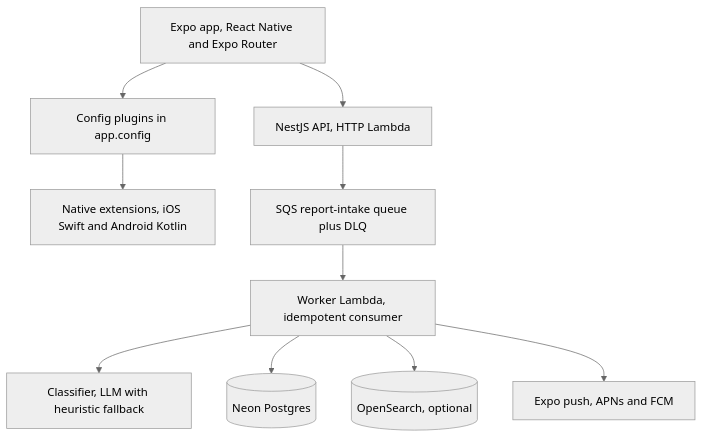
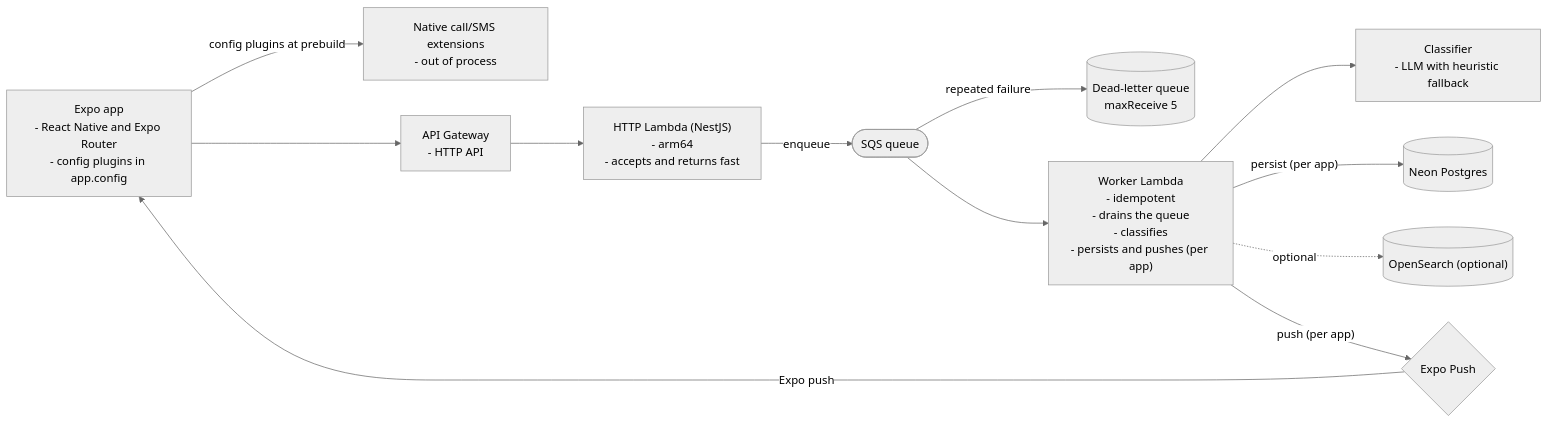
One commit to elleskay/mobile-platform changed the third of 4 diagrams in README.md. Above: the diagram before and after it, drawn with Mermaid (neutral theme). The commit also changed other lines of this file, not shown here.

````diff
--- a/README.md
+++ b/README.md
@@ -107,12 +131,25 @@
 ```mermaid
-flowchart TD
-  app[Expo app, React Native and Expo Router] --> plugins[Config plugins in app.config]
-  plugins --> native[Native extensions, iOS Swift and Android Kotlin]
-  app --> api[NestJS API, HTTP Lambda]
-  api --> queue[SQS report-intake queue plus DLQ]
-  queue --> worker[Worker Lambda, idempotent consumer]
-  worker --> classifier[Classifier, LLM with heuristic fallback]
-  worker --> pg[(Neon Postgres)]
-  worker --> search[(OpenSearch, optional)]
-  worker --> push[Expo push, APNs and FCM]
+flowchart LR
+  App["Expo app<br/>- React Native and Expo Router<br/>- config plugins in app.config"]
+  Native["Native call/SMS extensions<br/>- out of process"]
+  APIGW["API Gateway<br/>- HTTP API"]
+  HTTP["HTTP Lambda (NestJS)<br/>- arm64<br/>- accepts and returns fast"]
+  SQS(["SQS queue"])
+  DLQ[("Dead-letter queue<br/>maxReceive 5")]
+  Worker["Worker Lambda<br/>- idempotent<br/>- drains the queue<br/>- classifies<br/>- persists and pushes (per app)"]
+  Classifier["Classifier<br/>- LLM with heuristic fallback"]
+  Neon[("Neon Postgres")]
+  OS[("OpenSearch (optional)")]
+  Push{"Expo Push"}
+  App -->|"config plugins at prebuild"| Native
+  App --> APIGW
+  APIGW --> HTTP
+  HTTP -->|enqueue| SQS
+  SQS --> Worker
+  SQS -->|"repeated failure"| DLQ
+  Worker --> Classifier
+  Worker -->|"persist (per app)"| Neon
+  Worker -.optional.-> OS
+  Worker -->|"push (per app)"| Push
+  Push -->|"Expo push"| App
 ```
````
